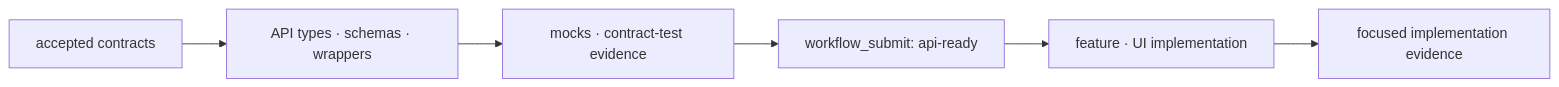
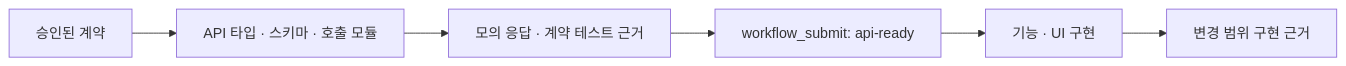
The second of 2 diagrams in website/docs/concepts/pipeline.md (dhyun2/spec-to-pr), drawn with Mermaid before and after one commit. The commit also changed other lines of this file and 83 other files, not shown here.

````diff
--- a/website/docs/concepts/pipeline.md
+++ b/website/docs/concepts/pipeline.md
@@ -82,8 +88,8 @@
 ```mermaid
 flowchart LR
-    AC["accepted contracts"] --> API["API types · schemas · wrappers"]
-    API --> MOCK["mocks · contract-test evidence"]
+    AC["승인된 계약"] --> API["API 타입 · 스키마 · 호출 모듈"]
+    API --> MOCK["모의 응답 · 계약 테스트 근거"]
     MOCK --> READY["workflow_submit: api-ready"]
-    READY --> UI["feature · UI implementation"]
-    UI --> E["focused implementation evidence"]
+    READY --> UI["기능 · UI 구현"]
+    UI --> E["변경 범위 구현 근거"]
 ```
````
